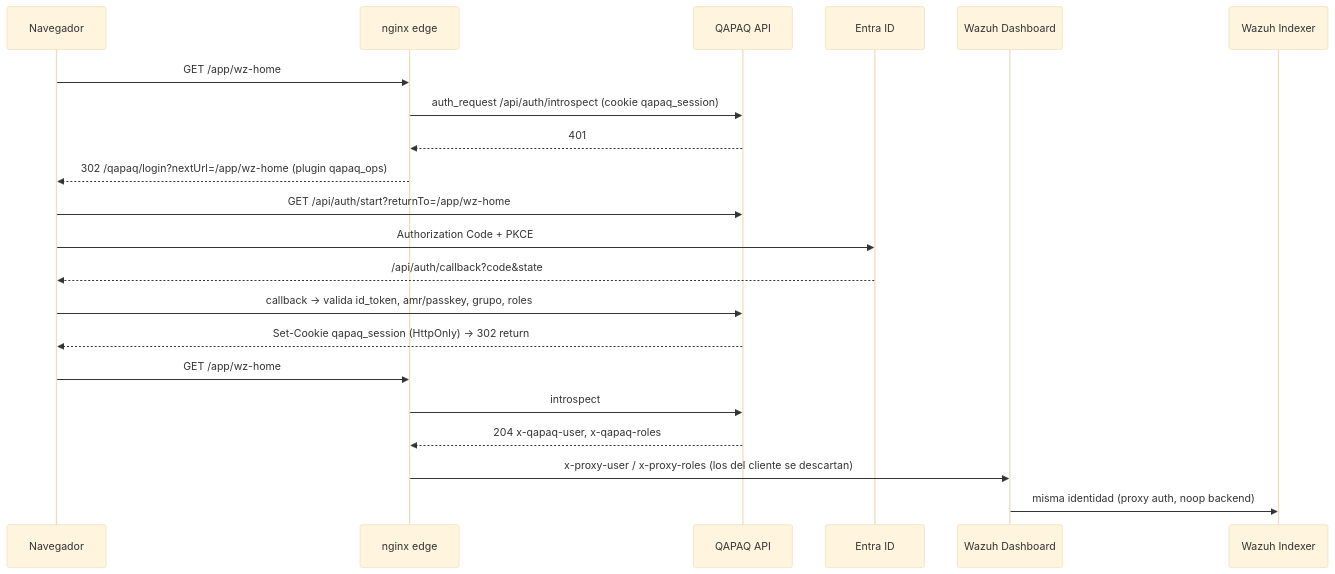
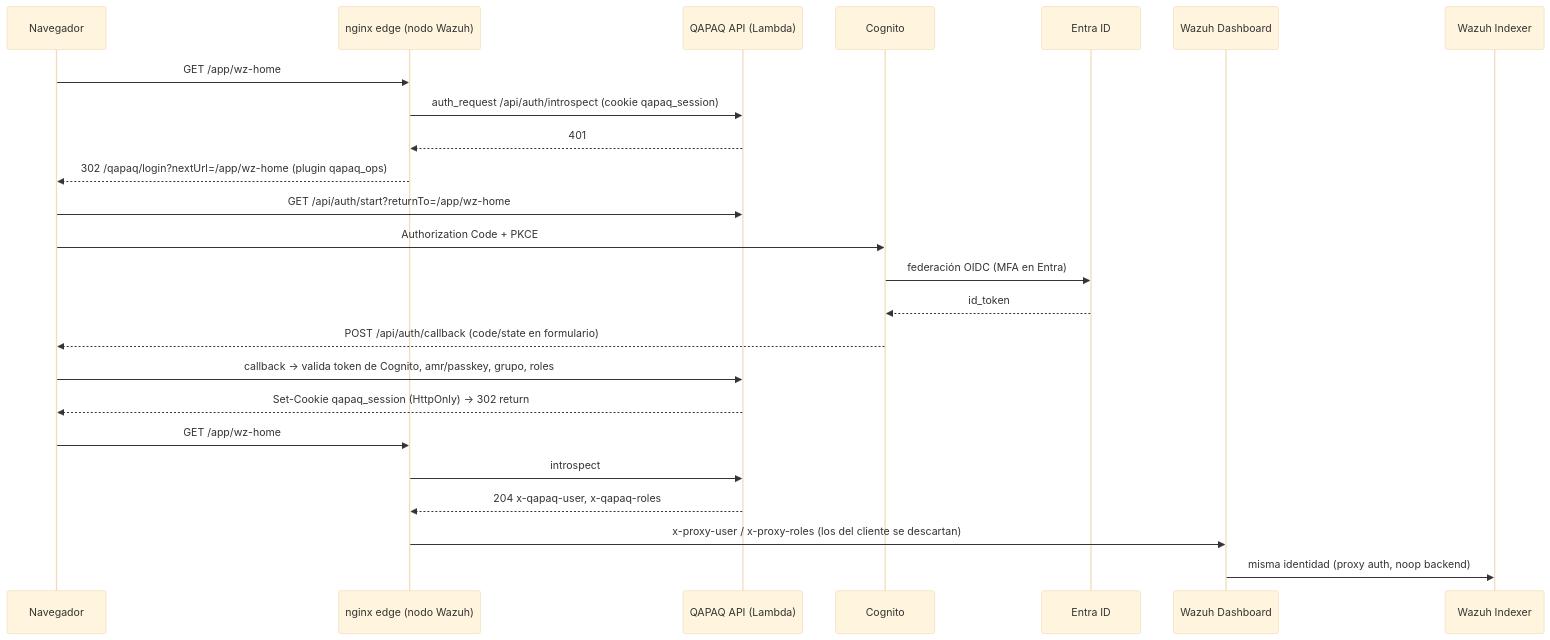
Before and after one commit to CyberStill-GmbH/qapaq-secops: the diagram in docs/04-identidad-y-acceso.md, drawn with Mermaid (base theme). The commit also changed other lines of this file and 1162 other files, not shown here.

````diff
--- a/docs/04-identidad-y-acceso.md
+++ b/docs/04-identidad-y-acceso.md
@@ -22,23 +98,26 @@
 ```mermaid
 sequenceDiagram
   participant B as Navegador
-  participant N as nginx edge
-  participant Q as QAPAQ API
+  participant N as nginx edge (nodo Wazuh)
+  participant Q as QAPAQ API (Lambda)
+  participant C as Cognito
   participant E as Entra ID
   participant D as Wazuh Dashboard
   participant I as Wazuh Indexer
   B->>N: GET /app/wz-home
   N->>Q: auth_request /api/auth/introspect (cookie qapaq_session)
   Q-->>N: 401
   N-->>B: 302 /qapaq/login?nextUrl=/app/wz-home (plugin qapaq_ops)
   B->>Q: GET /api/auth/start?returnTo=/app/wz-home
-  B->>E: Authorization Code + PKCE
-  E-->>B: /api/auth/callback?code&state
-  B->>Q: callback → valida id_token, amr/passkey, grupo, roles
+  B->>C: Authorization Code + PKCE
+  C->>E: federación OIDC (MFA en Entra)
+  E-->>C: id_token
+  C-->>B: POST /api/auth/callback (code/state en formulario)
+  B->>Q: callback → valida token de Cognito, amr/passkey, grupo, roles
   Q-->>B: Set-Cookie qapaq_session (HttpOnly) → 302 return
   B->>N: GET /app/wz-home
   N->>Q: introspect
   Q-->>N: 204 x-qapaq-user, x-qapaq-roles
   N->>D: x-proxy-user / x-proxy-roles (los del cliente se descartan)
   D->>I: misma identidad (proxy auth, noop backend)
 ```
````
